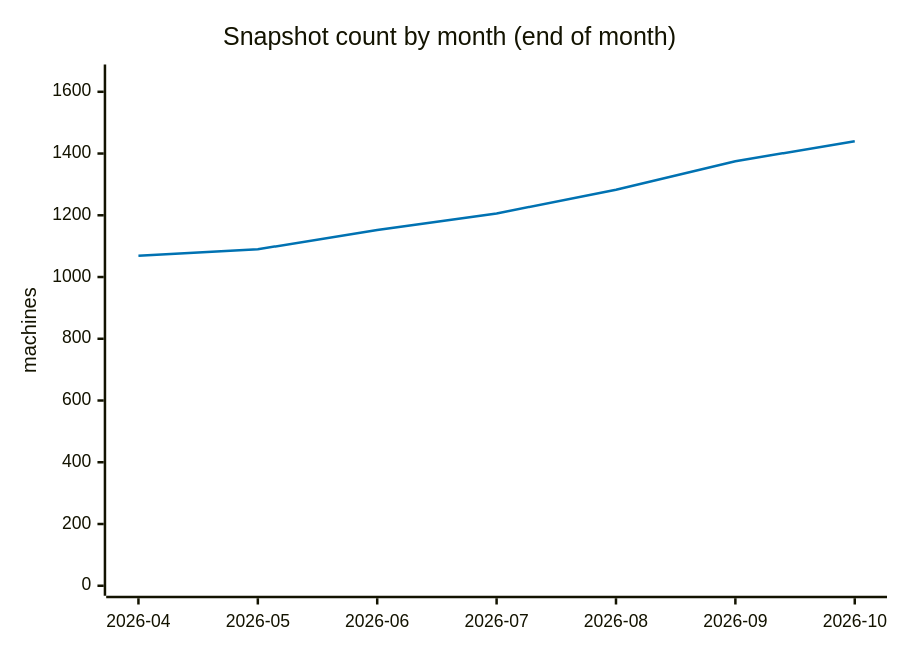
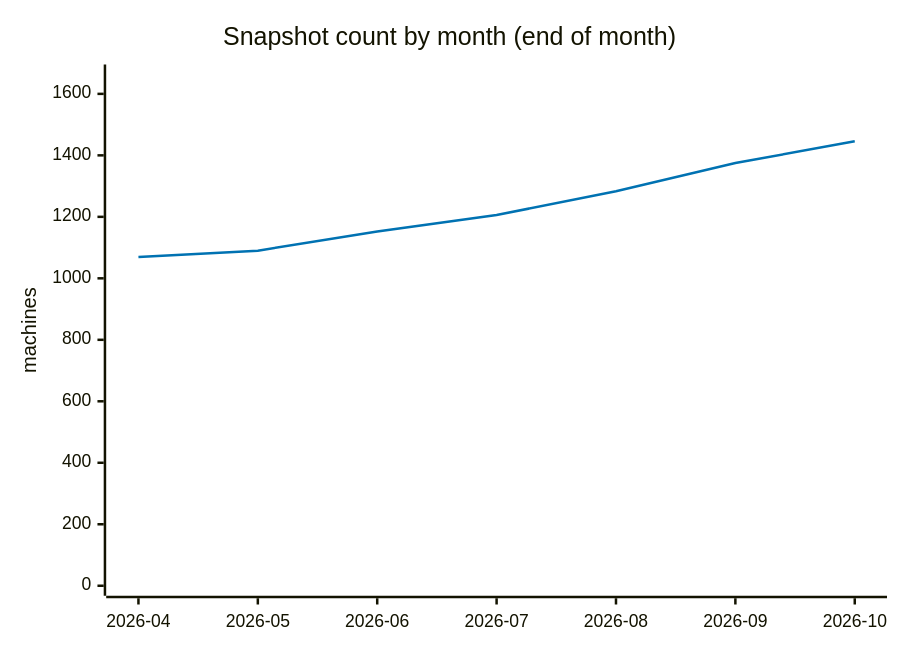
One commit to cheeaun/returnright-data changed the fourth of 5 diagrams in ANALYSIS.md. Above: the diagram before and after it, drawn with Mermaid. The commit also changed other lines of this file and 4 other files, not shown here.

````diff
--- a/ANALYSIS.md
+++ b/ANALYSIS.md
@@ -251,13 +247,13 @@
 ```mermaid
 ---
 config:
   themeVariables:
     xyChart:
       plotColorPalette: "#0072B2"
 ---
 xychart-beta
     title "Snapshot count by month (end of month)"
     x-axis ["2026-04", "2026-05", "2026-06", "2026-07", "2026-08", "2026-09", "2026-10"]
-    y-axis "machines" 0 --> 1656
-    line [1069, 1090, 1152, 1206, 1283, 1375, 1440]
+    y-axis "machines" 0 --> 1663
+    line [1069, 1090, 1152, 1206, 1283, 1375, 1446]
 ```
````
